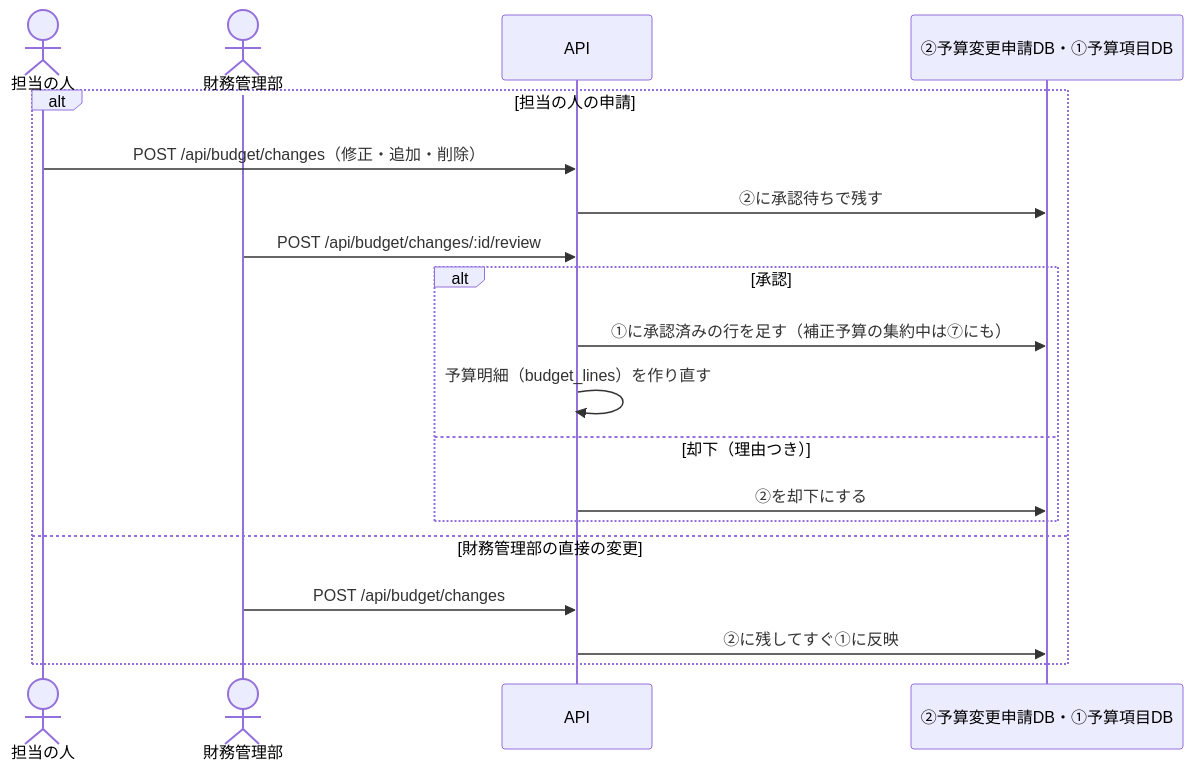
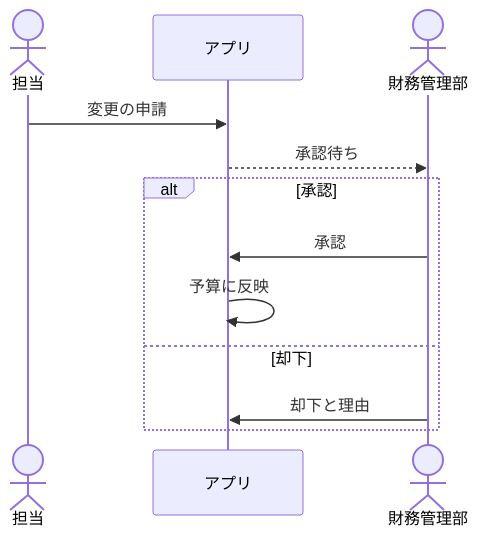
Before and after one commit to Kota-Ohira17/expenditure: the fifth of 18 diagrams in docs/仕様書.md, drawn with Mermaid. The commit also changed other lines of this file, not shown here.

Commit message:
仕様書のMermaid図を短く描き直す

````diff
--- a/docs/仕様書.md
+++ b/docs/仕様書.md
@@ -761,21 +726,14 @@
 ```mermaid
 sequenceDiagram
-    actor T as 担当の人
-    actor F as 財務管理部
-    participant B as API
-    participant DB as ②予算変更申請DB・①予算項目DB
-    alt 担当の人の申請
-        T->>B: POST /api/budget/changes（修正・追加・削除）
-        B->>DB: ②に承認待ちで残す
-        F->>B: POST /api/budget/changes/:id/review
-        alt 承認
-            B->>DB: ①に承認済みの行を足す（補正予算の集約中は⑦にも）
-            B->>B: 予算明細（budget_lines）を作り直す
-        else 却下（理由つき）
-            B->>DB: ②を却下にする
-        end
-    else 財務管理部の直接の変更
-        F->>B: POST /api/budget/changes
-        B->>DB: ②に残してすぐ①に反映
+    actor T as 担当
+    participant S as アプリ
+    actor K as 財務管理部
+    T->>S: 変更の申請
+    S-->>K: 承認待ち
+    alt 承認
+        K->>S: 承認
+        S->>S: 予算に反映
+    else 却下
+        K->>S: 却下と理由
     end
 ```
````
